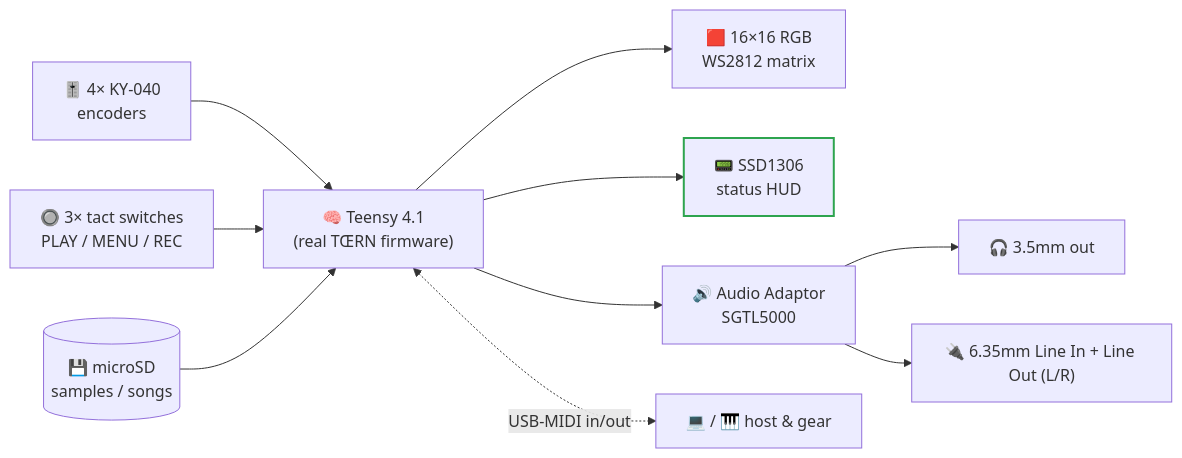
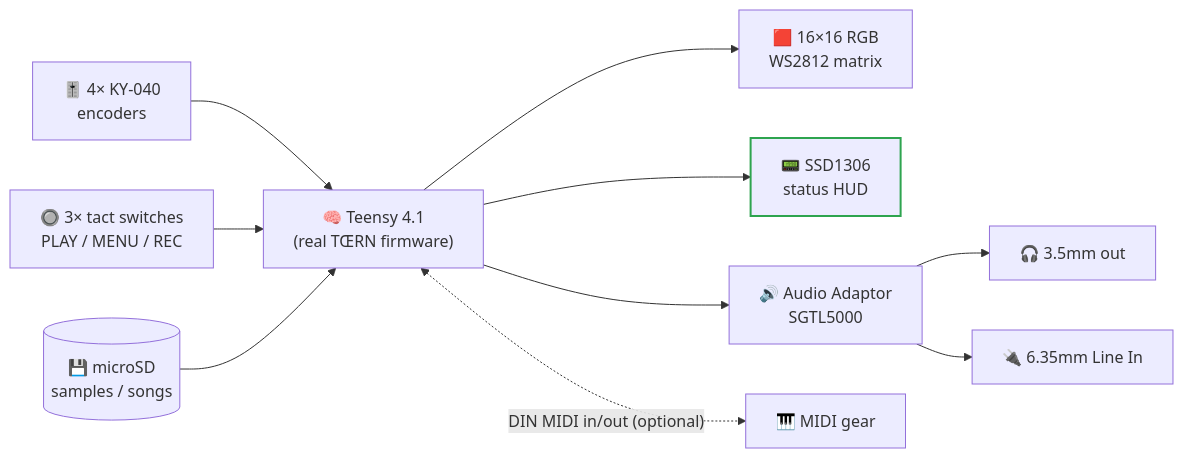
Before and after one commit to luigismith/ichosynth: the first of 2 diagrams in README.md, drawn with Mermaid. The commit also changed other lines of this file and 66 other files, not shown here.

````diff
--- a/README.md
+++ b/README.md
@@ -140,14 +139,14 @@
 ```mermaid
 flowchart LR
     ENC["🎚️ 4× KY-040<br/>encoders"] --> T["🧠 Teensy 4.1<br/>(real TŒRN firmware)"]
     BTN["🔘 3× tact switches<br/>PLAY / MENU / REC"] --> T
     SD[("💾 microSD<br/>samples / songs")] --> T
     T --> LED["🟥 16×16 RGB<br/>WS2812 matrix"]
     T --> OLED["📟 SSD1306<br/>status HUD"]
     T --> AUDIO["🔊 Audio Adaptor<br/>SGTL5000"]
     AUDIO --> JACK["🎧 3.5mm out"]
-    AUDIO --> LINE["🔌 6.35mm Line In + Line Out (L/R)"]
-    T <-. "USB-MIDI in/out" .-> HOST["💻 / 🎹 host & gear"]
+    AUDIO --> LINE["🔌 6.35mm Line In"]
+    T <-. "DIN MIDI in/out (optional)" .-> HOST["🎹 MIDI gear"]
 
     style OLED stroke:#2ea44f,stroke-width:2px
 ```
````
